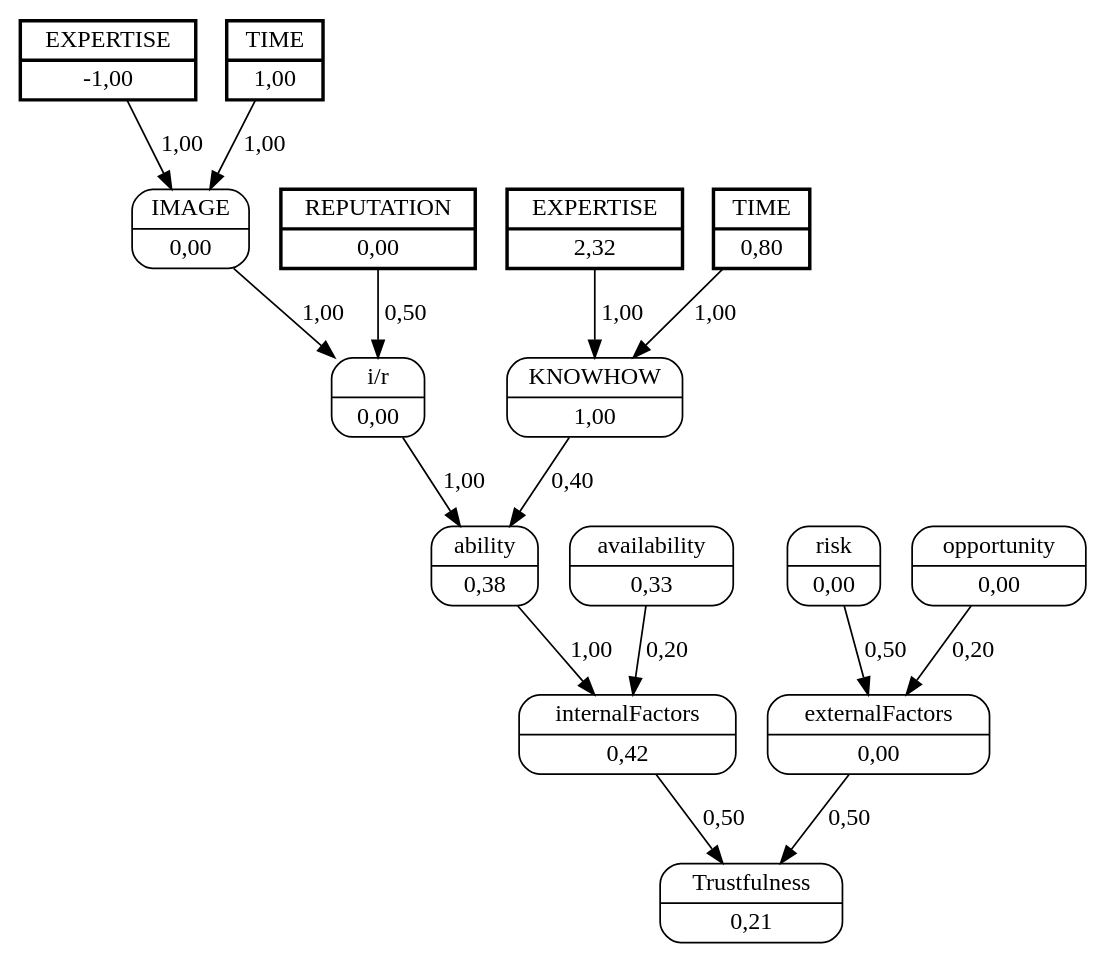
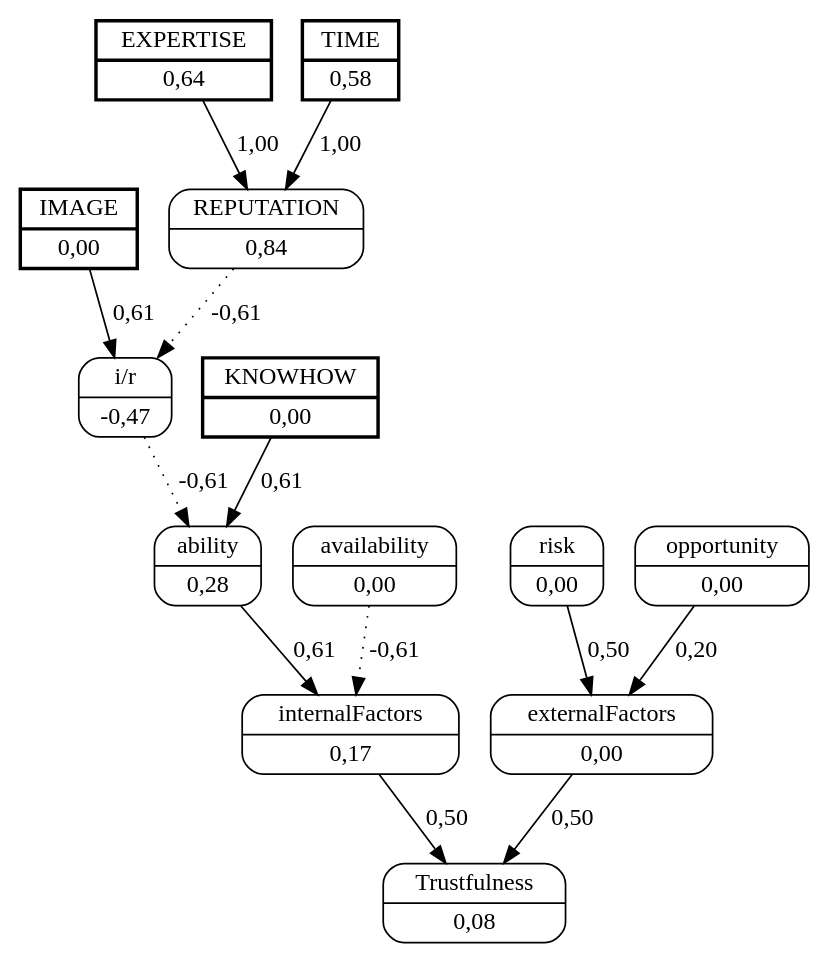
One commit to jjbaqueta/unload_experiment changed the diagram in unload_boxes/dots/truck_8worker_1.dot. Above: the diagram before and after it, drawn with Graphviz. The commit also changed 77 other files, not shown here.

```diff
--- a/unload_boxes/dots/truck_8worker_1.dot
+++ b/unload_boxes/dots/truck_8worker_1.dot
@@ -1,34 +1,29 @@
 digraph FCM_net{
 	node [shape=record, style=rounded]
-	11 [label="{EXPERTISE | -1,00}", style=bold, penwidth=2, peripheries=2];
-	12 [label="{TIME | 1,00}", style=bold, penwidth=2, peripheries=2];
-	1 [label="{REPUTATION | 0,00}", style=bold, penwidth=2, peripheries=2];
-	13 [label="{EXPERTISE | 2,32}", style=bold, penwidth=2, peripheries=2];
-	14 [label="{TIME | 0,80}", style=bold, penwidth=2, peripheries=2];
+	0 [label="{IMAGE | 0,00}", style=bold, penwidth=2, peripheries=2];
+	11 [label="{EXPERTISE | 0,64}", style=bold, penwidth=2, peripheries=2];
+	12 [label="{TIME | 0,58}", style=bold, penwidth=2, peripheries=2];
+	2 [label="{KNOWHOW | 0,00}", style=bold, penwidth=2, peripheries=2];
 	0 [label="{IMAGE | 0,00}"];
-	1 [label="{REPUTATION | 0,00}"];
-	2 [label="{KNOWHOW | 1,00}"];
-	3 [label="{i/r | 0,00}"];
-	4 [label="{ability | 0,38}"];
-	5 [label="{availability | 0,33}"];
-	6 [label="{internalFactors | 0,42}"];
+	1 [label="{REPUTATION | 0,84}"];
+	3 [label="{i/r | -0,47}"];
+	4 [label="{ability | 0,28}"];
+	5 [label="{availability | 0,00}"];
+	6 [label="{internalFactors | 0,17}"];
 	7 [label="{risk | 0,00}"];
 	8 [label="{opportunity | 0,00}"];
 	9 [label="{externalFactors | 0,00}"];
-	10 [label="{Trustfulness | 0,21}"];
-	11 [label="{EXPERTISE | -1,00}"];
-	0 -> 3 [label = "1,00"];
-	1 -> 3 [label = "0,50"];
-	3 -> 4 [label = "1,00"];
-	2 -> 4 [label = "0,40"];
-	4 -> 6 [label = "1,00"];
-	5 -> 6 [label = "0,20"];
+	10 [label="{Trustfulness | 0,08}"];
+	0 -> 3 [label = "0,61"];
+	1 -> 3 [label = "-0,61", style=dotted];
+	3 -> 4 [label = "-0,61", style=dotted];
+	2 -> 4 [label = "0,61"];
+	4 -> 6 [label = "0,61"];
+	5 -> 6 [label = "-0,61", style=dotted];
 	6 -> 10 [label = "0,50"];
 	7 -> 9 [label = "0,50"];
 	8 -> 9 [label = "0,20"];
 	9 -> 10 [label = "0,50"];
-	11 -> 0 [label = "1,00"];
-	12 -> 0 [label = "1,00"];
-	13 -> 2 [label = "1,00"];
-	14 -> 2 [label = "1,00"];
+	11 -> 1 [label = "1,00"];
+	12 -> 1 [label = "1,00"];
 }
```
